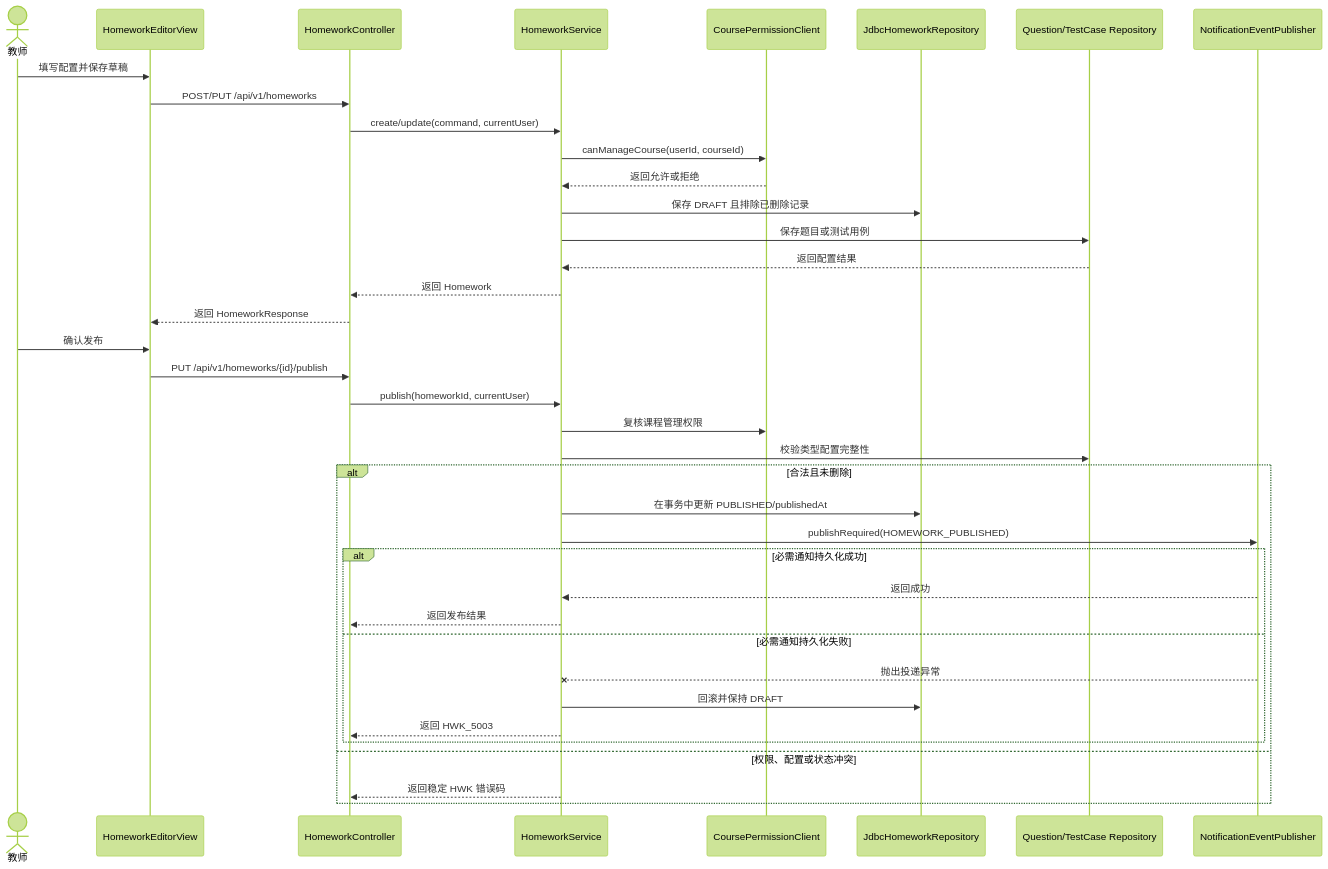
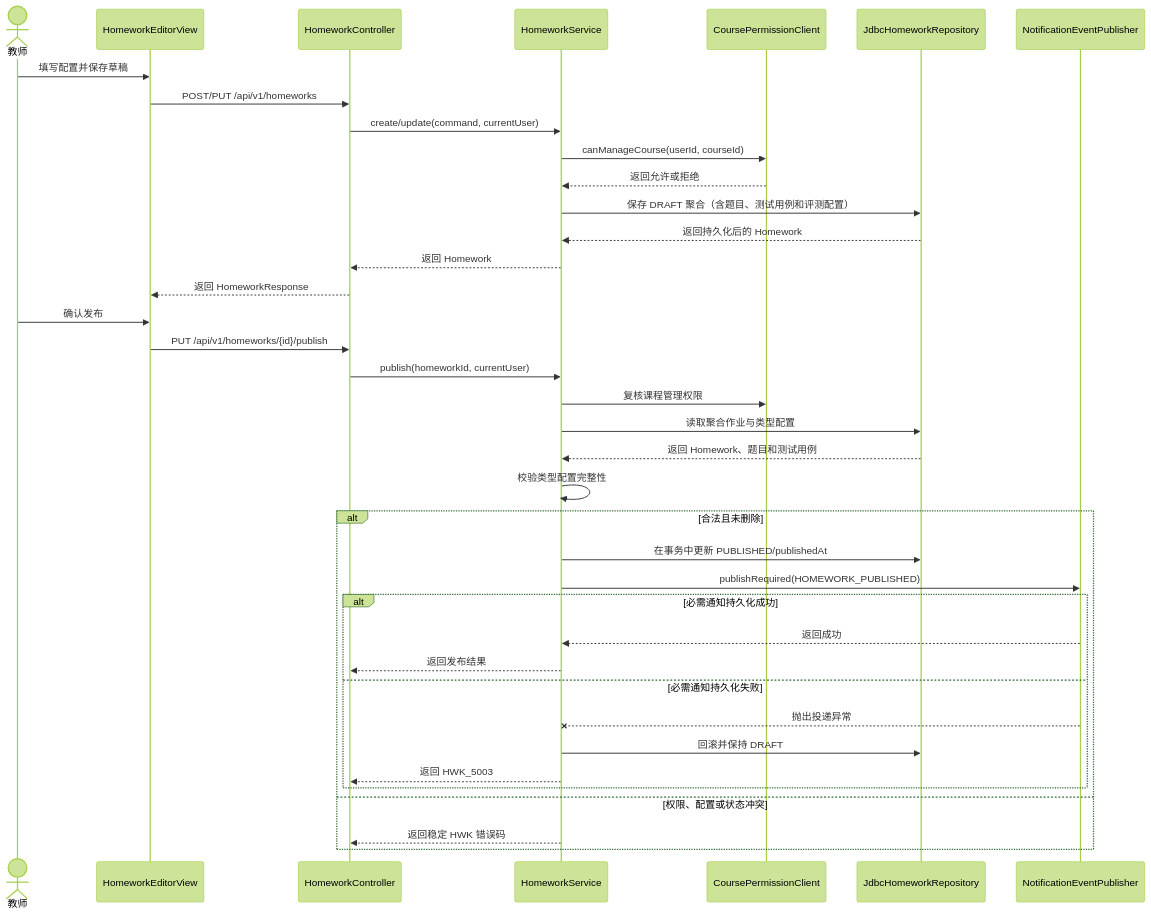
Before and after one commit to Cr4zyorange/OnlineJudge: the diagram in docs/diagrams/dsd/fig_3_5_3a_hwk_publish_object.mmd, drawn with Mermaid (forest theme). The commit also changed 11 other files, not shown here.

```diff
--- a/docs/diagrams/dsd/fig_3_5_3a_hwk_publish_object.mmd
+++ b/docs/diagrams/dsd/fig_3_5_3a_hwk_publish_object.mmd
@@ -1,38 +1,38 @@
 sequenceDiagram
   actor Teacher as 教师
   participant View as HomeworkEditorView
   participant Controller as HomeworkController
   participant Service as HomeworkService
   participant Permission as CoursePermissionClient
   participant Repository as JdbcHomeworkRepository
-  participant Config as Question/TestCase Repository
   participant Publisher as NotificationEventPublisher
   Teacher->>View: 填写配置并保存草稿
   View->>Controller: POST/PUT /api/v1/homeworks
   Controller->>Service: create/update(command, currentUser)
   Service->>Permission: canManageCourse(userId, courseId)
   Permission-->>Service: 返回允许或拒绝
-  Service->>Repository: 保存 DRAFT 且排除已删除记录
-  Service->>Config: 保存题目或测试用例
-  Config-->>Service: 返回配置结果
+  Service->>Repository: 保存 DRAFT 聚合（含题目、测试用例和评测配置）
+  Repository-->>Service: 返回持久化后的 Homework
   Service-->>Controller: 返回 Homework
   Controller-->>View: 返回 HomeworkResponse
   Teacher->>View: 确认发布
   View->>Controller: PUT /api/v1/homeworks/{id}/publish
   Controller->>Service: publish(homeworkId, currentUser)
   Service->>Permission: 复核课程管理权限
-  Service->>Config: 校验类型配置完整性
+  Service->>Repository: 读取聚合作业与类型配置
+  Repository-->>Service: 返回 Homework、题目和测试用例
+  Service->>Service: 校验类型配置完整性
   alt 合法且未删除
     Service->>Repository: 在事务中更新 PUBLISHED/publishedAt
     Service->>Publisher: publishRequired(HOMEWORK_PUBLISHED)
     alt 必需通知持久化成功
       Publisher-->>Service: 返回成功
       Service-->>Controller: 返回发布结果
     else 必需通知持久化失败
       Publisher--xService: 抛出投递异常
       Service->>Repository: 回滚并保持 DRAFT
       Service-->>Controller: 返回 HWK_5003
     end
   else 权限、配置或状态冲突
     Service-->>Controller: 返回稳定 HWK 错误码
   end
```
